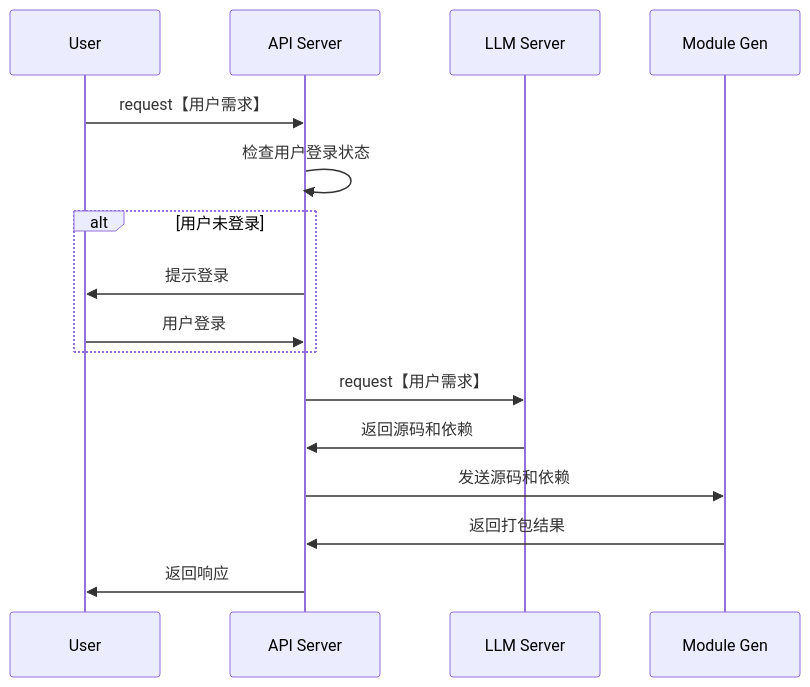
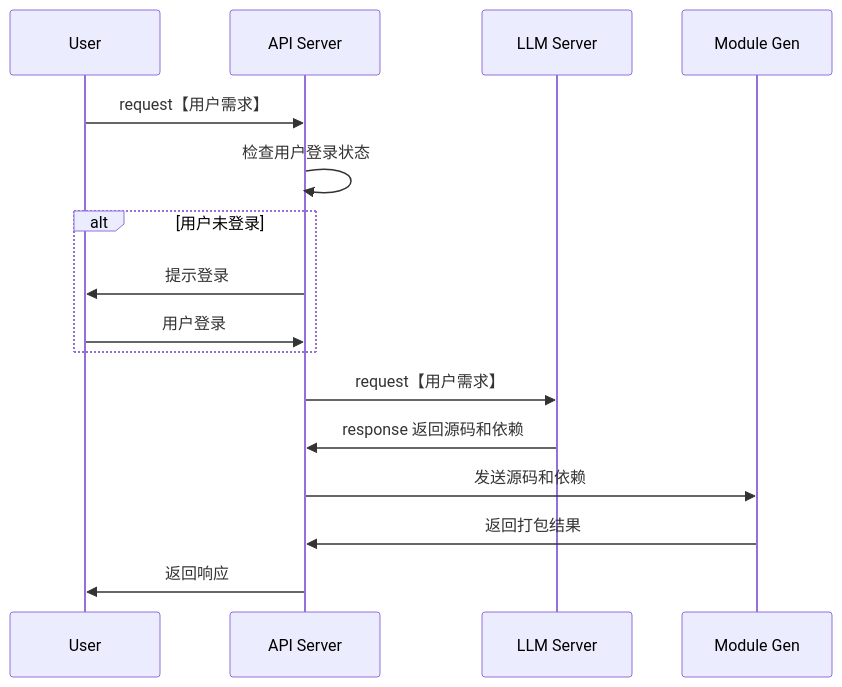
Before and after one commit to yingjianzh/iodraw-files: the diagram in all/未命名-7.md, drawn with Mermaid.

Commit message:
2024-10-08 15:36:39 update

````diff
--- a/all/未命名-7.md
+++ b/all/未命名-7.md
@@ -1,23 +1,23 @@
 ```mermaid
 sequenceDiagram
     participant User
     participant API Server
     participant LLM Server
     participant Module Gen
 
     User->>API Server: request【用户需求】
     API Server->>API Server: 检查用户登录状态
     alt 用户未登录
         API Server->>User: 提示登录
         User->>API Server: 用户登录
     end
 
     API Server->>LLM Server: request【用户需求】
-    LLM Server->>API Server: 返回源码和依赖
+    LLM Server->>API Server: response 返回源码和依赖
 
     API Server->>Module Gen: 发送源码和依赖
     Module Gen->>API Server: 返回打包结果
 
     API Server->>User: 返回响应
 
 ```
````
